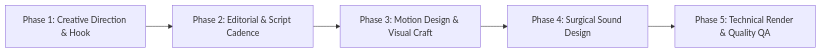
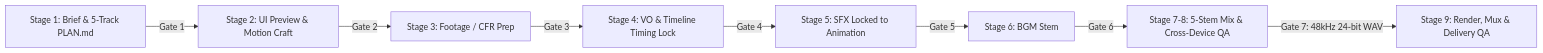
One commit to thiyo-de/AI-Video-and--MotionGraphics changed the diagram in skills/video-editing/SKILL.md. Above: the diagram before and after it, drawn with Mermaid. The commit also changed other lines of this file and 7 other files, not shown here.

Commit message:
feat: unify Stage 1-9 hard-gated pipeline and independent 5-device audio QA architecture

````diff
--- a/skills/video-editing/SKILL.md
+++ b/skills/video-editing/SKILL.md
@@ -16,7 +16,10 @@
 ```mermaid
 flowchart LR
-    P1[Phase 1: Creative Direction & Hook] --> P2[Phase 2: Editorial & Script Cadence]
-    P2 --> P3[Phase 3: Motion Design & Visual Craft]
-    P3 --> P4[Phase 4: Surgical Sound Design]
-    P4 --> P5[Phase 5: Technical Render & Quality QA]
+    S1[Stage 1: Brief & 5-Track PLAN.md] -->|Gate 1| S2[Stage 2: UI Preview & Motion Craft]
+    S2 -->|Gate 2| S3[Stage 3: Footage / CFR Prep]
+    S3 -->|Gate 3| S4[Stage 4: VO & Timeline Timing Lock]
+    S4 -->|Gate 4| S5[Stage 5: SFX Locked to Animation]
+    S5 -->|Gate 5| S6[Stage 6: BGM Stem]
+    S6 -->|Gate 6| S7[Stage 7-8: 5-Stem Mix & Cross-Device QA]
+    S7 -->|Gate 7: 48kHz 24-bit WAV| S9[Stage 9: Render, Mux & Delivery QA]
 ```
````
